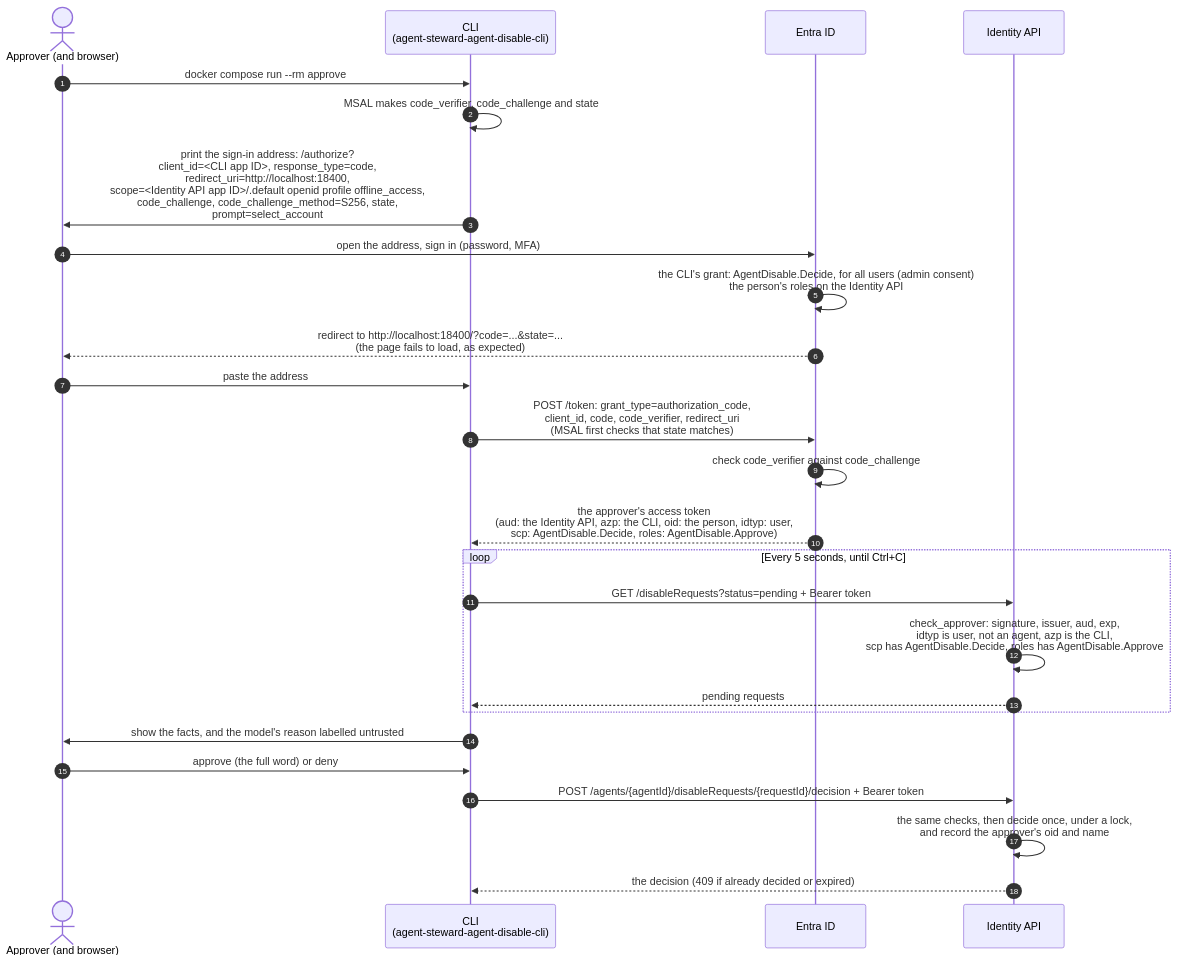
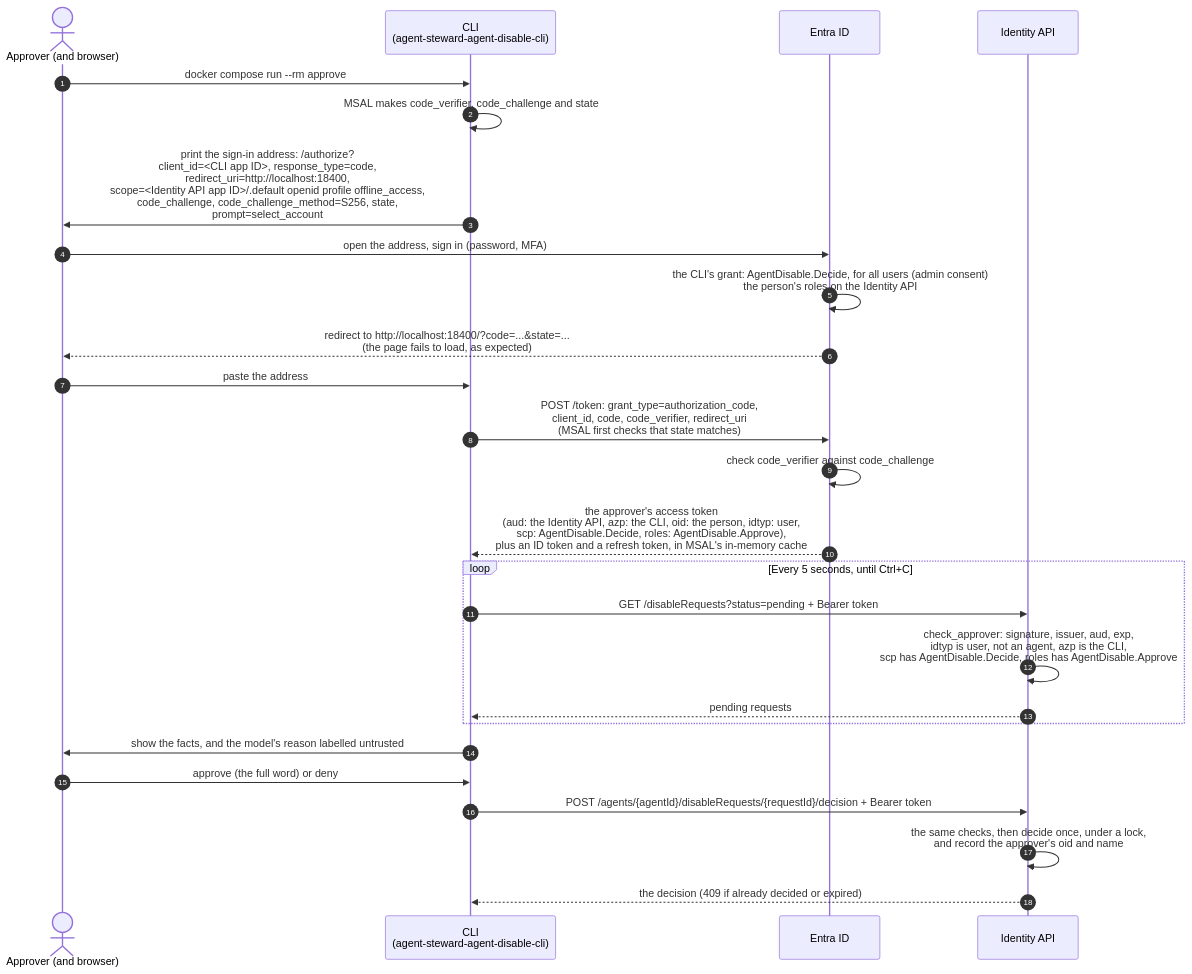
One commit to alireza-mpr/agent-steward changed the fourth of 4 diagrams in docs/agent-steward-architecture.md. Above: the diagram before and after it, drawn with Mermaid. The commit also changed other lines of this file and 18 other files, not shown here.

First line of the commit message:
docs: the two phases, every token by name, and the refresh token deviation

````diff
--- a/docs/agent-steward-architecture.md
+++ b/docs/agent-steward-architecture.md
@@ -254,31 +289,31 @@
 ```mermaid
 sequenceDiagram
     autonumber
     actor P as Approver (and browser)
     participant C as CLI<br/>(agent-steward-agent-disable-cli)
     participant E as Entra ID
     participant A as Identity API
 
     P->>C: docker compose run --rm approve
     C->>C: MSAL makes code_verifier, code_challenge and state
     C->>P: print the sign-in address: /authorize?<br/>client_id=#lt;CLI app ID#gt;, response_type=code,<br/>redirect_uri=http://localhost:18400,<br/>scope=#lt;Identity API app ID#gt;/.default openid profile offline_access,<br/>code_challenge, code_challenge_method=S256, state,<br/>prompt=select_account
     P->>E: open the address, sign in (password, MFA)
     E->>E: the CLI's grant: AgentDisable.Decide, for all users (admin consent)<br/>the person's roles on the Identity API
     E-->>P: redirect to http://localhost:18400/?code=...#amp;state=...<br/>(the page fails to load, as expected)
     P->>C: paste the address
     C->>E: POST /token: grant_type=authorization_code,<br/>client_id, code, code_verifier, redirect_uri<br/>(MSAL first checks that state matches)
     E->>E: check code_verifier against code_challenge
-    E-->>C: the approver's access token<br/>(aud: the Identity API, azp: the CLI, oid: the person, idtyp: user,<br/>scp: AgentDisable.Decide, roles: AgentDisable.Approve)
+    E-->>C: the approver's access token<br/>(aud: the Identity API, azp: the CLI, oid: the person, idtyp: user,<br/>scp: AgentDisable.Decide, roles: AgentDisable.Approve),<br/>plus an ID token and a refresh token, in MSAL's in-memory cache
 
     loop Every 5 seconds, until Ctrl+C
         C->>A: GET /disableRequests?status=pending + Bearer token
         A->>A: check_approver: signature, issuer, aud, exp,<br/>idtyp is user, not an agent, azp is the CLI,<br/>scp has AgentDisable.Decide, roles has AgentDisable.Approve
         A-->>C: pending requests
     end
 
     C->>P: show the facts, and the model's reason labelled untrusted
     P->>C: approve (the full word) or deny
     C->>A: POST /agents/{agentId}/disableRequests/{requestId}/decision + Bearer token
     A->>A: the same checks, then decide once, under a lock,<br/>and record the approver's oid and name
     A-->>C: the decision (409 if already decided or expired)
 ```
````
